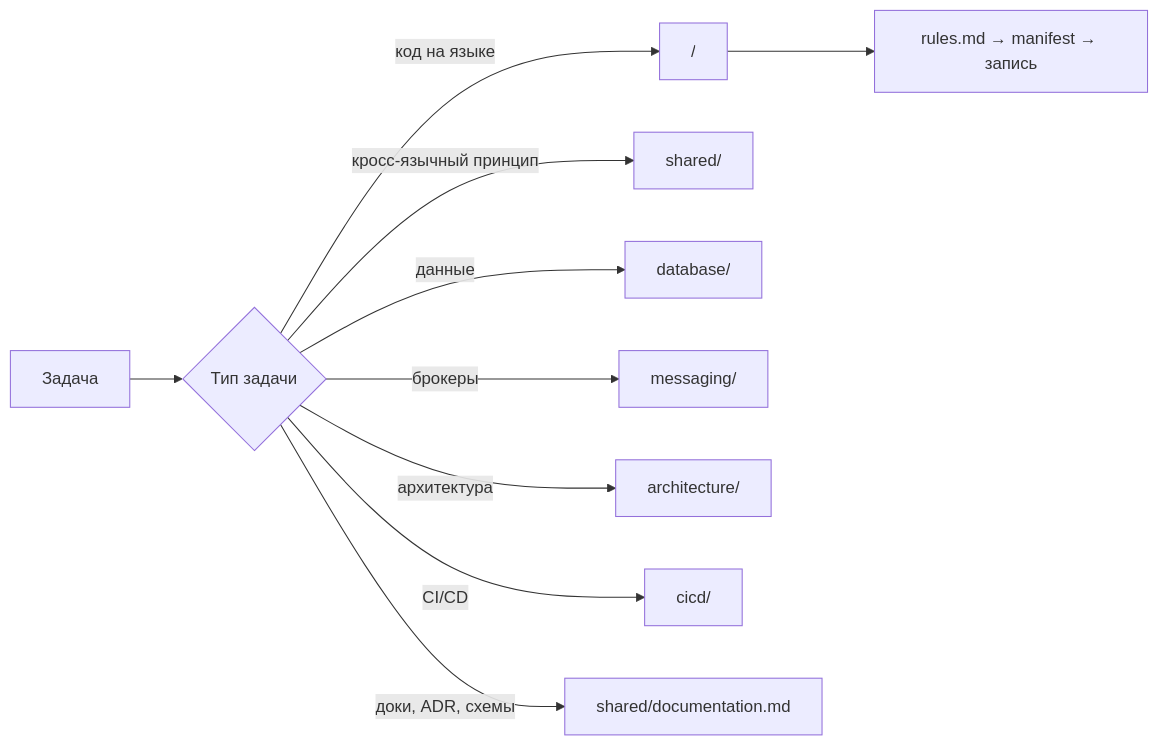
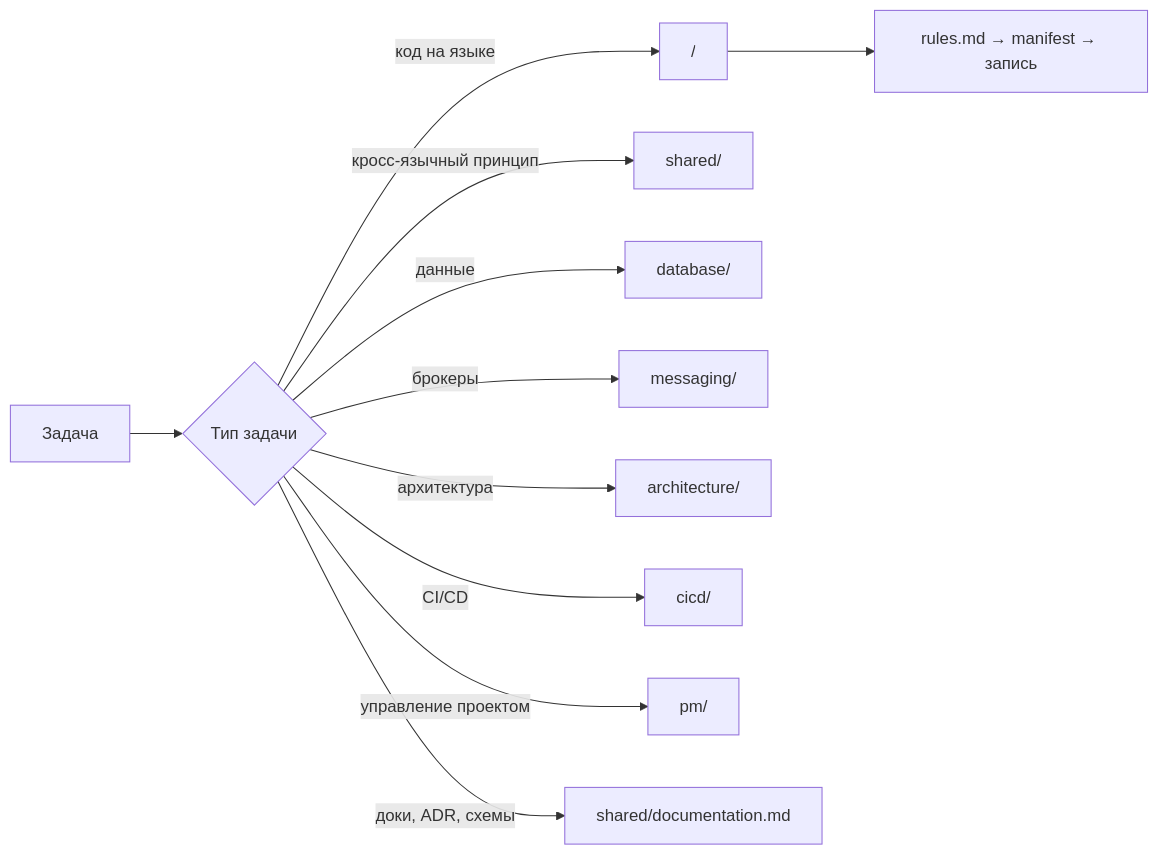
Before and after one commit to stelmakhdigital/awesome-coding: the diagram in README.md, drawn with Mermaid. The commit also changed other lines of this file and 14 other files, not shown here.

Commit message:
Контент: раздел pm/ — проектный и продуктовый менеджмент (SDLC с discovery, PMBOK, требования, опрос, roadmap, PROJECT_MEMORY, риски)

````diff
--- a/README.md
+++ b/README.md
@@ -26,12 +26,13 @@
 ```mermaid
 flowchart LR
     T[Задача] --> Q{Тип задачи}
     Q -- "код на языке" --> L["<lang>/"]
     Q -- "кросс-язычный принцип" --> SH[shared/]
     Q -- "данные" --> DB[database/]
     Q -- "брокеры" --> MS[messaging/]
     Q -- "архитектура" --> AR[architecture/]
     Q -- "CI/CD" --> CI[cicd/]
+    Q -- "управление проектом" --> PM[pm/]
     Q -- "доки, ADR, схемы" --> DOC["shared/documentation.md"]
     L --> R["rules.md → manifest → запись"]
 ```
````
